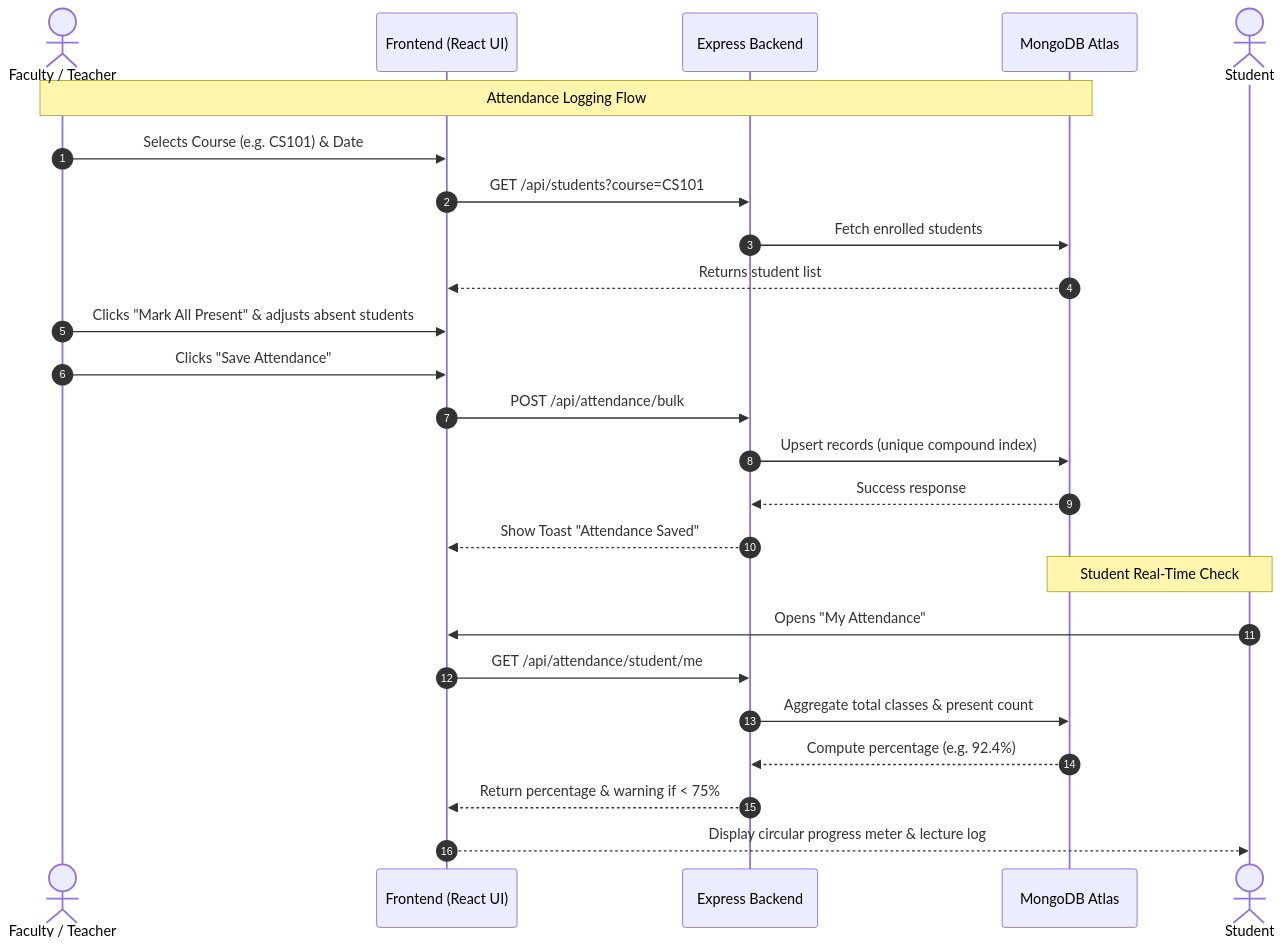
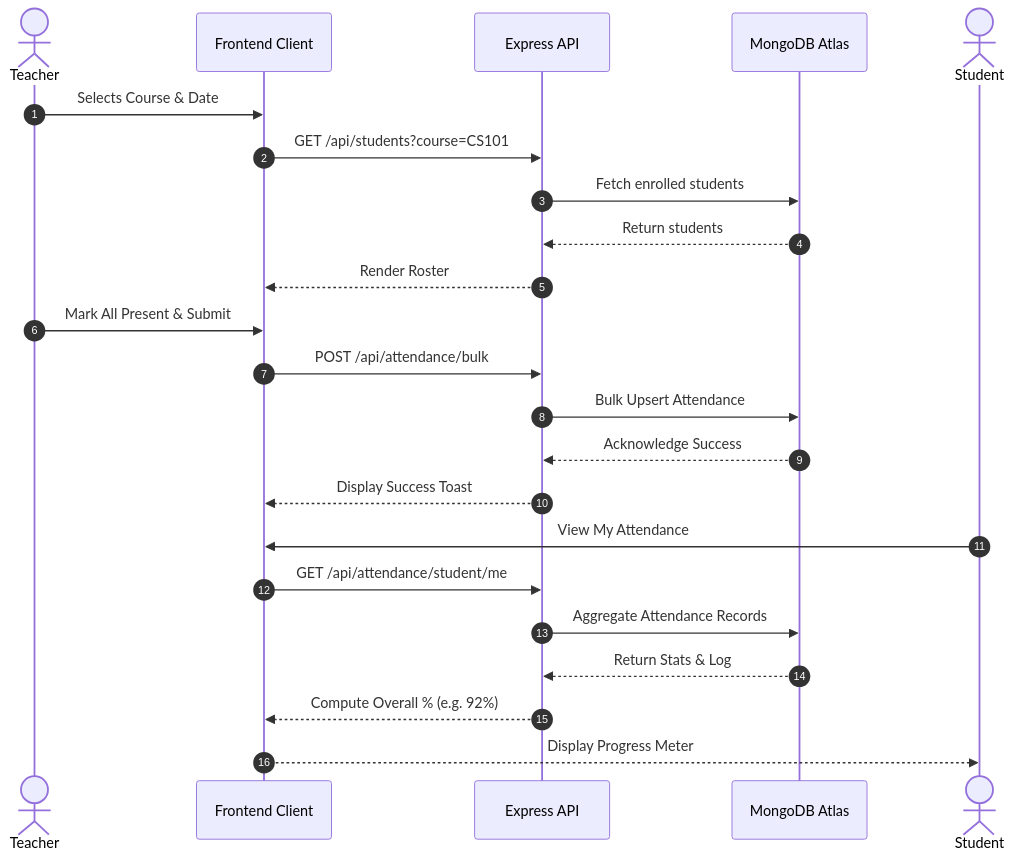
Before and after one commit to Priyanshu2647/student-management-system: the fourth of 4 diagrams in README.md, drawn with Mermaid. The commit also changed other lines of this file, not shown here.

Commit message:
fix: sanitize mermaid syntax for GitHub markdown rich display rendering

````diff
--- a/README.md
+++ b/README.md
@@ -214,29 +209,27 @@
 ```mermaid
 sequenceDiagram
     autonumber
-    actor Teacher as Faculty / Teacher
-    participant App as Frontend (React UI)
-    participant API as Express Backend
+    actor Faculty as Teacher
+    participant App as Frontend Client
+    participant API as Express API
     participant DB as MongoDB Atlas
     actor Student as Student
 
-    Note over Teacher,DB: Attendance Logging Flow
-    Teacher->>App: Selects Course (e.g. CS101) & Date
+    Faculty->>App: Selects Course & Date
     App->>API: GET /api/students?course=CS101
     API->>DB: Fetch enrolled students
-    DB-->>App: Returns student list
-    Teacher->>App: Clicks "Mark All Present" & adjusts absent students
-    Teacher->>App: Clicks "Save Attendance"
+    DB-->>API: Return students
+    API-->>App: Render Roster
+    Faculty->>App: Mark All Present & Submit
     App->>API: POST /api/attendance/bulk
-    API->>DB: Upsert records (unique compound index)
-    DB-->>API: Success response
-    API-->>App: Show Toast "Attendance Saved"
+    API->>DB: Bulk Upsert Attendance
+    DB-->>API: Acknowledge Success
+    API-->>App: Display Success Toast
 
-    Note over Student,DB: Student Real-Time Check
-    Student->>App: Opens "My Attendance"
+    Student->>App: View My Attendance
     App->>API: GET /api/attendance/student/me
-    API->>DB: Aggregate total classes & present count
-    DB-->>API: Compute percentage (e.g. 92.4%)
-    API-->>App: Return percentage & warning if < 75%
-    App-->>Student: Display circular progress meter & lecture log
+    API->>DB: Aggregate Attendance Records
+    DB-->>API: Return Stats & Log
+    API-->>App: Compute Overall % (e.g. 92%)
+    App-->>Student: Display Progress Meter
 ```
````
